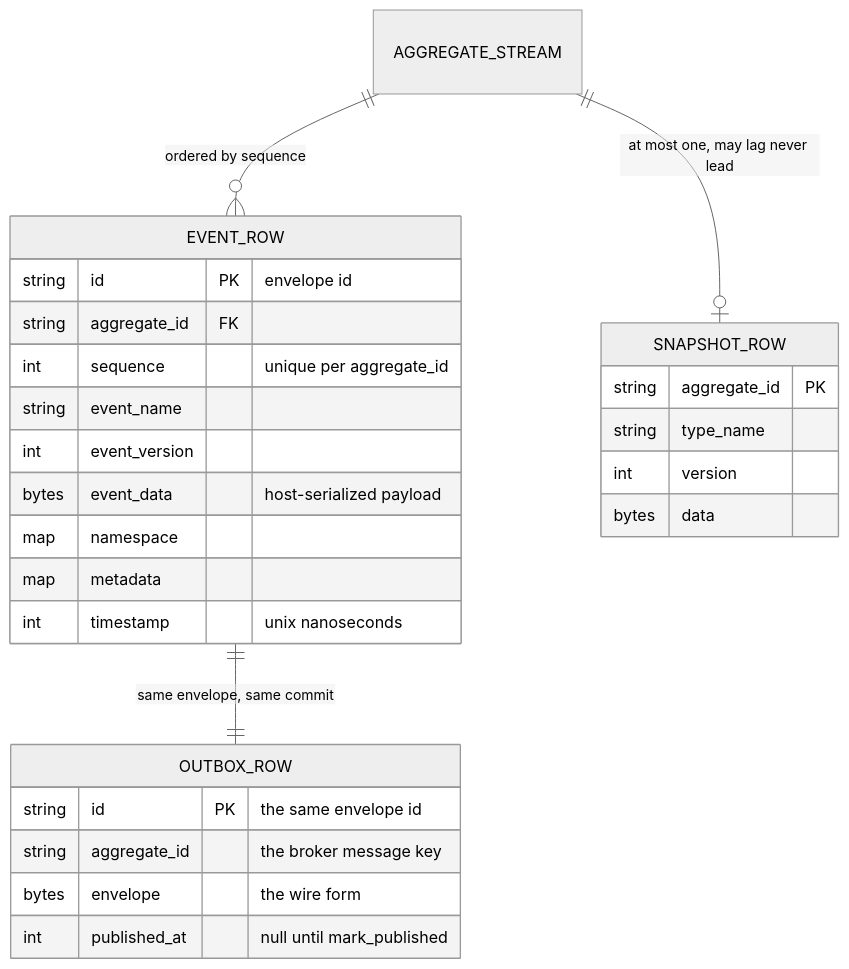
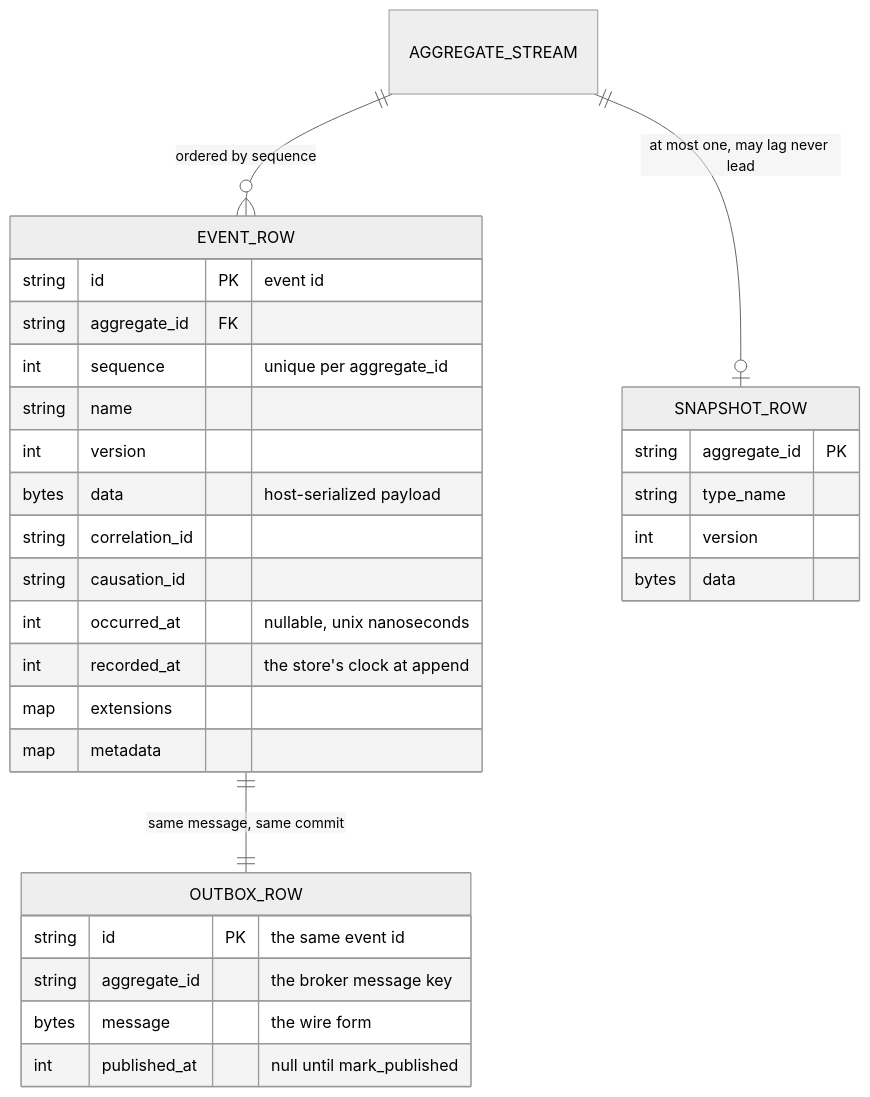
The second of 5 diagrams in docs/sdk/outbox.md (haskian/edax), drawn with Mermaid (neutral theme) before and after one commit. The commit also changed other lines of this file and 175 other files, not shown here.

````diff
--- a/docs/sdk/outbox.md
+++ b/docs/sdk/outbox.md
@@ -47,30 +55,33 @@
 ```mermaid
 erDiagram
     AGGREGATE_STREAM ||--o{ EVENT_ROW : "ordered by sequence"
     AGGREGATE_STREAM ||--o| SNAPSHOT_ROW : "at most one, may lag never lead"
-    EVENT_ROW ||--|| OUTBOX_ROW : "same envelope, same commit"
+    EVENT_ROW ||--|| OUTBOX_ROW : "same message, same commit"
 
     EVENT_ROW {
-        string id PK "envelope id"
+        string id PK "event id"
         string aggregate_id FK
         int sequence "unique per aggregate_id"
-        string event_name
-        int event_version
-        bytes event_data "host-serialized payload"
-        map namespace
+        string name
+        int version
+        bytes data "host-serialized payload"
+        string correlation_id
+        string causation_id
+        int occurred_at "nullable, unix nanoseconds"
+        int recorded_at "the store's clock at append"
+        map extensions
         map metadata
-        int timestamp "unix nanoseconds"
     }
     OUTBOX_ROW {
-        string id PK "the same envelope id"
+        string id PK "the same event id"
         string aggregate_id "the broker message key"
-        bytes envelope "the wire form"
+        bytes message "the wire form"
         int published_at "null until mark_published"
     }
     SNAPSHOT_ROW {
         string aggregate_id PK
         string type_name
         int version
         bytes data
     }
 ```
````
